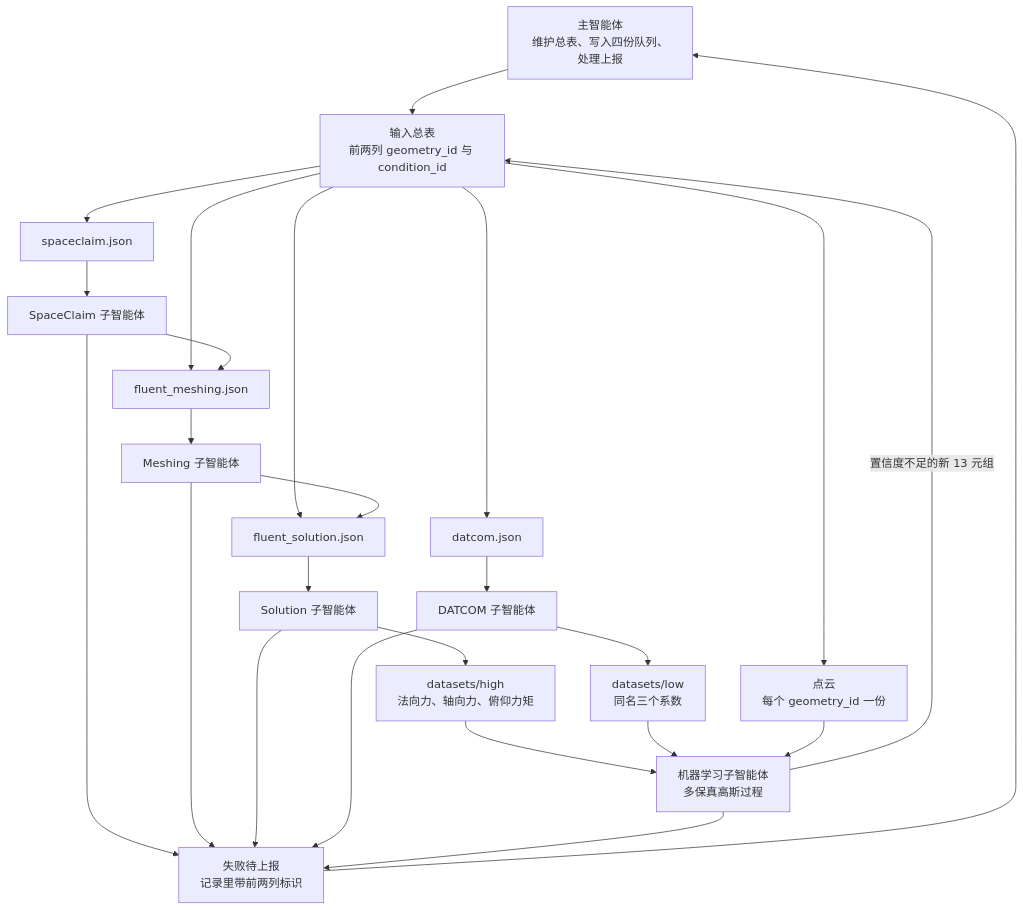
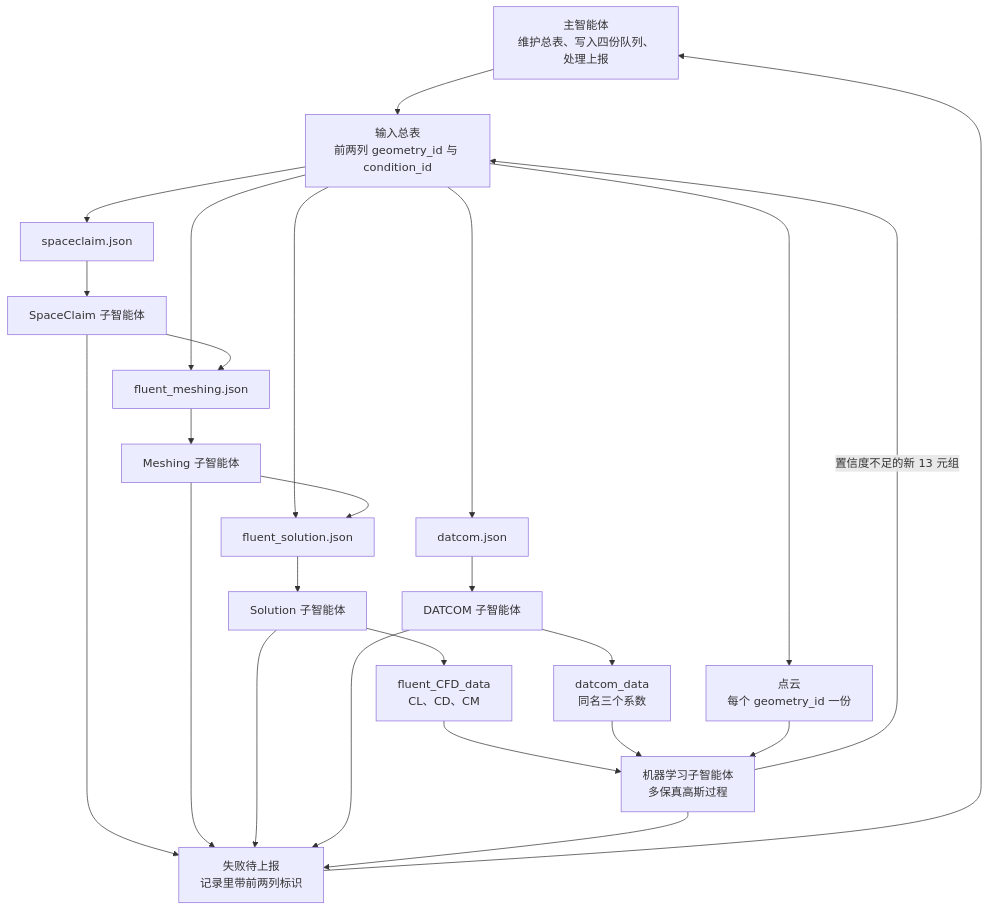
Before and after one commit to Chen-Xin-Yuan/AutoWorkflow-Spaceclaim-Fluent-ML: the first of 3 diagrams in myplan.md, drawn with Mermaid. The commit also changed other lines of this file, not shown here.

````diff
--- a/myplan.md
+++ b/myplan.md
@@ -89,49 +97,49 @@
 ```mermaid
 flowchart TD
   main["主智能体<br/>维护总表、写入四份队列、处理上报"]
   csv["输入总表<br/>前两列 geometry_id 与 condition_id"]
   cloud["点云<br/>每个 geometry_id 一份"]
 
   qsc["spaceclaim.json"]
   qmesh["fluent_meshing.json"]
   qsol["fluent_solution.json"]
   qdat["datcom.json"]
 
   sc["SpaceClaim 子智能体"]
   mesh["Meshing 子智能体"]
   sol["Solution 子智能体"]
   dat["DATCOM 子智能体"]
 
-  high["datasets/high<br/>法向力、轴向力、俯仰力矩"]
-  low["datasets/low<br/>同名三个系数"]
+  high["fluent_CFD_data<br/>CL、CD、CM"]
+  low["datcom_data<br/>同名三个系数"]
   ml["机器学习子智能体<br/>多保真高斯过程"]
   report["失败待上报<br/>记录里带前两列标识"]
 
   main --> csv
   csv --> cloud
   csv --> qsc
   csv --> qmesh
   csv --> qsol
   csv --> qdat
 
   qsc --> sc
   sc --> qmesh
   qmesh --> mesh
   mesh --> qsol
   qsol --> sol
   qdat --> dat
 
   sol --> high
   dat --> low
   high --> ml
   low --> ml
   cloud --> ml
   ml -->|"置信度不足的新 13 元组"| csv
 
   sc --> report
   mesh --> report
   sol --> report
   dat --> report
   ml --> report
   report --> main
 ```
````
